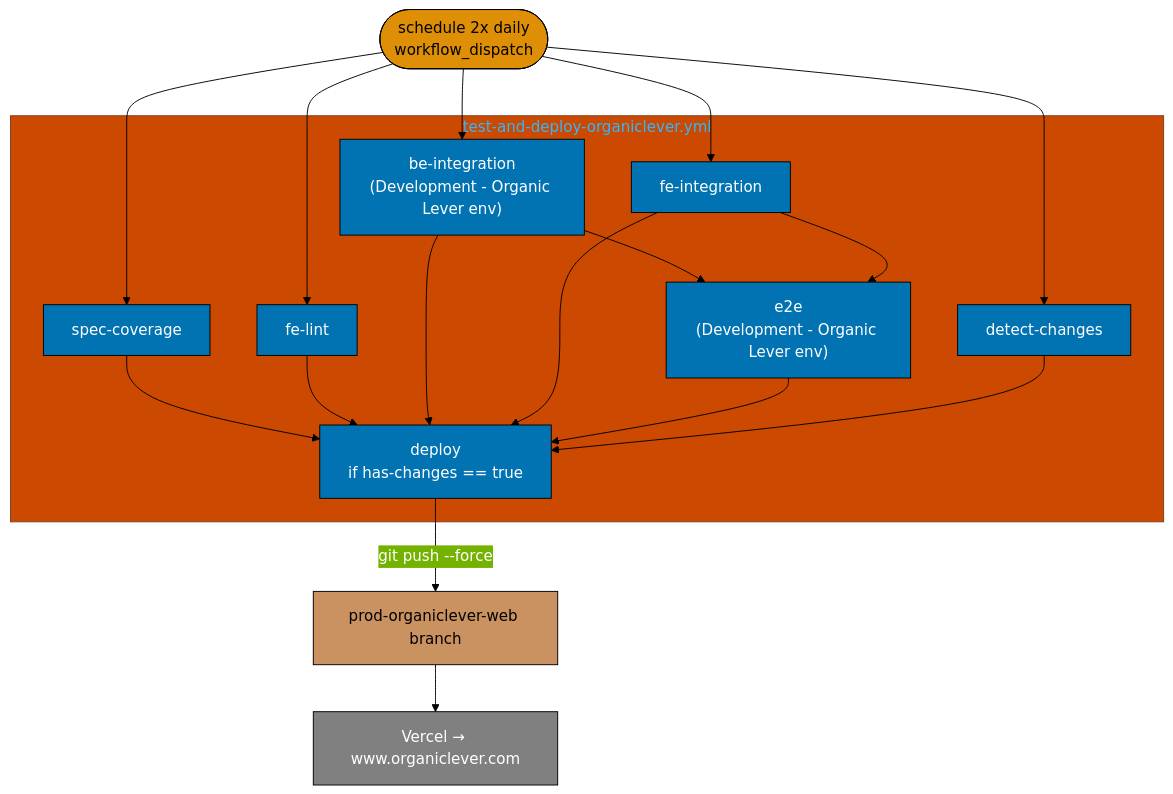
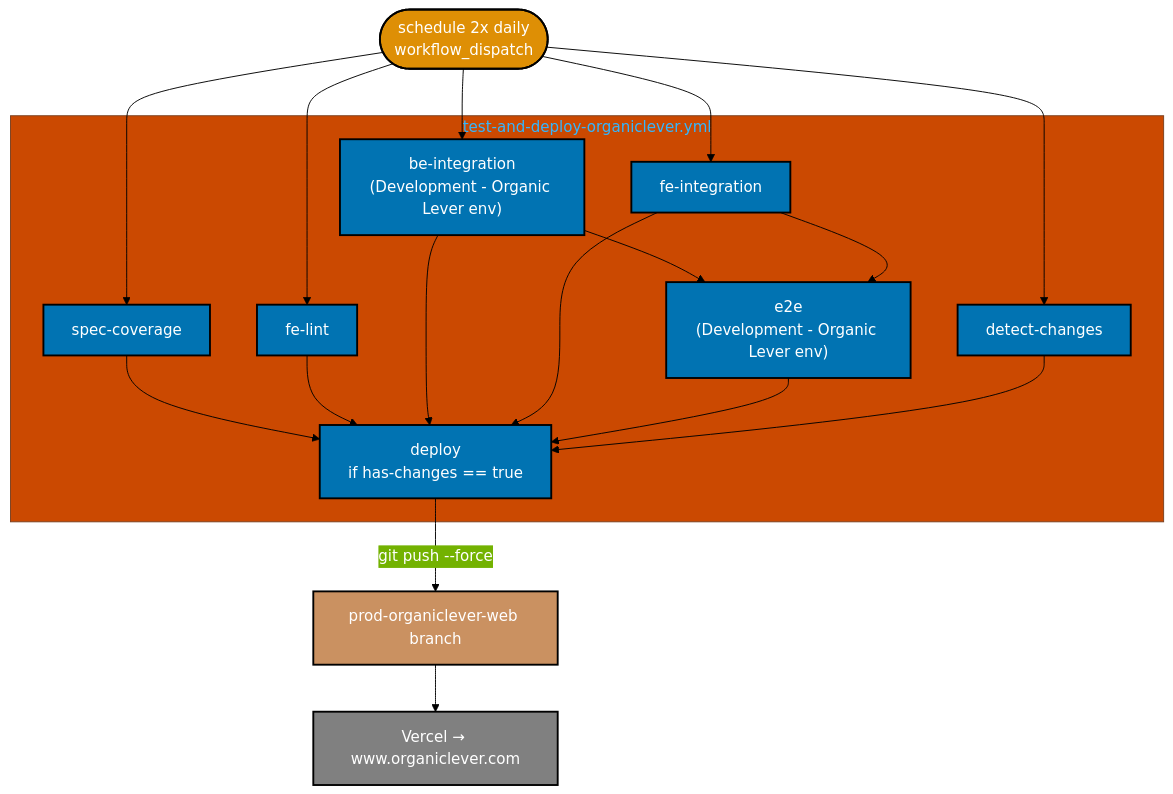
Before and after one commit to wahidyankf/ose-public: the first of 2 diagrams in plans/in-progress/2026-04-26__organiclever-ci-staging-split/tech-docs.md, drawn with Mermaid. The commit also changed other lines of this file, not shown here.

Commit message:
docs(plans): fix Mermaid classDef color compliance in ci-staging-split plan
All 8 classDef lines across both diagrams now use:
- color:#FFFFFF (white text on all fills, per convention)
- stroke-width:2px (required by color-accessibility convention)

Colors were already from the verified accessible palette.

````diff
--- a/plans/in-progress/2026-04-26__organiclever-ci-staging-split/tech-docs.md
+++ b/plans/in-progress/2026-04-26__organiclever-ci-staging-split/tech-docs.md
@@ -7,27 +7,27 @@
 ```mermaid
 %%{init: {"theme": "base", "themeVariables": {"primaryColor": "#0173B2", "primaryTextColor": "#FFFFFF", "primaryBorderColor": "#000000", "lineColor": "#000000"}}}%%
 flowchart TD
     TRIGGER(["schedule 2x daily\nworkflow_dispatch"]):::trigger
 
     subgraph WF["test-and-deploy-organiclever.yml"]
         SC["spec-coverage"]:::job
         LINT["fe-lint"]:::job
         BEI["be-integration\n(Development - Organic Lever env)"]:::job
         FEI["fe-integration"]:::job
         E2E["e2e\n(Development - Organic Lever env)"]:::job
         DC["detect-changes"]:::job
         DEPLOY["deploy\nif has-changes == true"]:::job
     end
 
     TRIGGER --> SC & LINT & BEI & FEI & DC
     BEI & FEI --> E2E
     SC & LINT & BEI & FEI & E2E & DC --> DEPLOY
 
     DEPLOY -->|"git push --force"| PROD["prod-organiclever-web branch"]:::branch
     PROD --> VERCEL_PROD["Vercel → www.organiclever.com"]:::external
 
-    classDef trigger fill:#DE8F05,stroke:#000000,color:#000000
-    classDef job fill:#0173B2,stroke:#000000,color:#FFFFFF
-    classDef branch fill:#CA9161,stroke:#000000,color:#000000
-    classDef external fill:#808080,stroke:#000000,color:#FFFFFF
+    classDef trigger fill:#DE8F05,stroke:#000000,color:#FFFFFF,stroke-width:2px
+    classDef job fill:#0173B2,stroke:#000000,color:#FFFFFF,stroke-width:2px
+    classDef branch fill:#CA9161,stroke:#000000,color:#FFFFFF,stroke-width:2px
+    classDef external fill:#808080,stroke:#000000,color:#FFFFFF,stroke-width:2px
 ```
````
